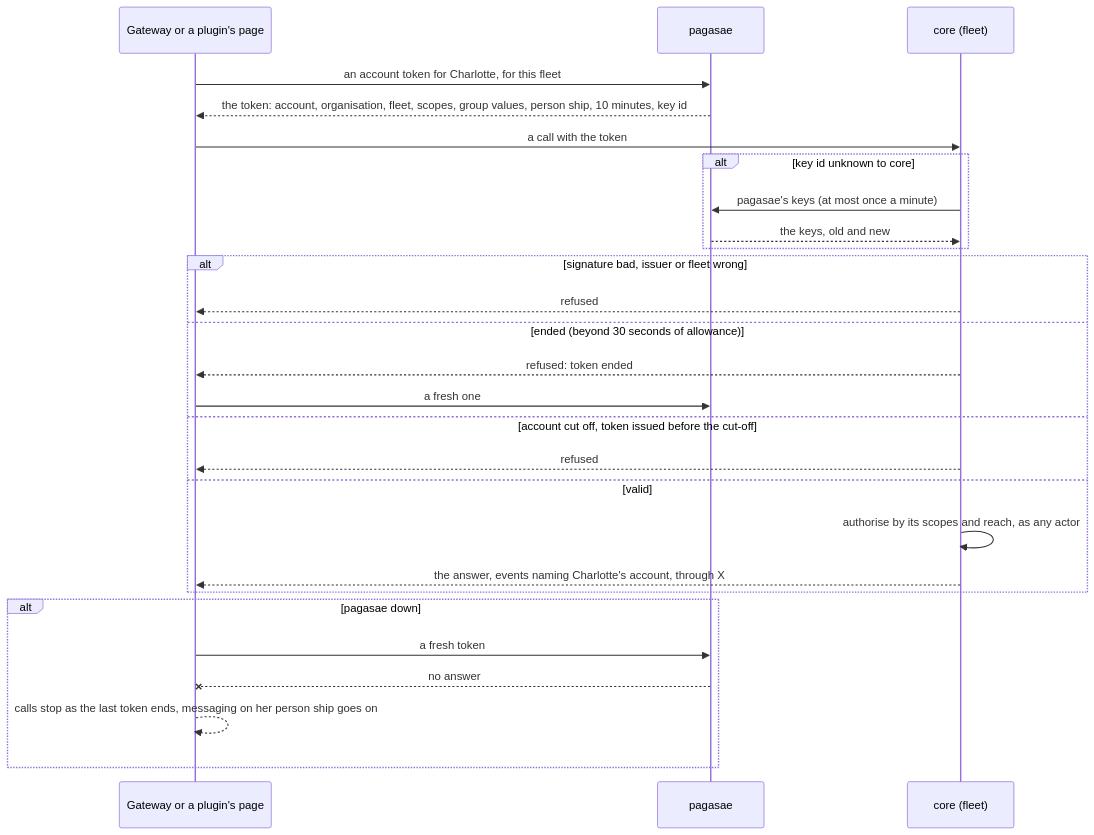
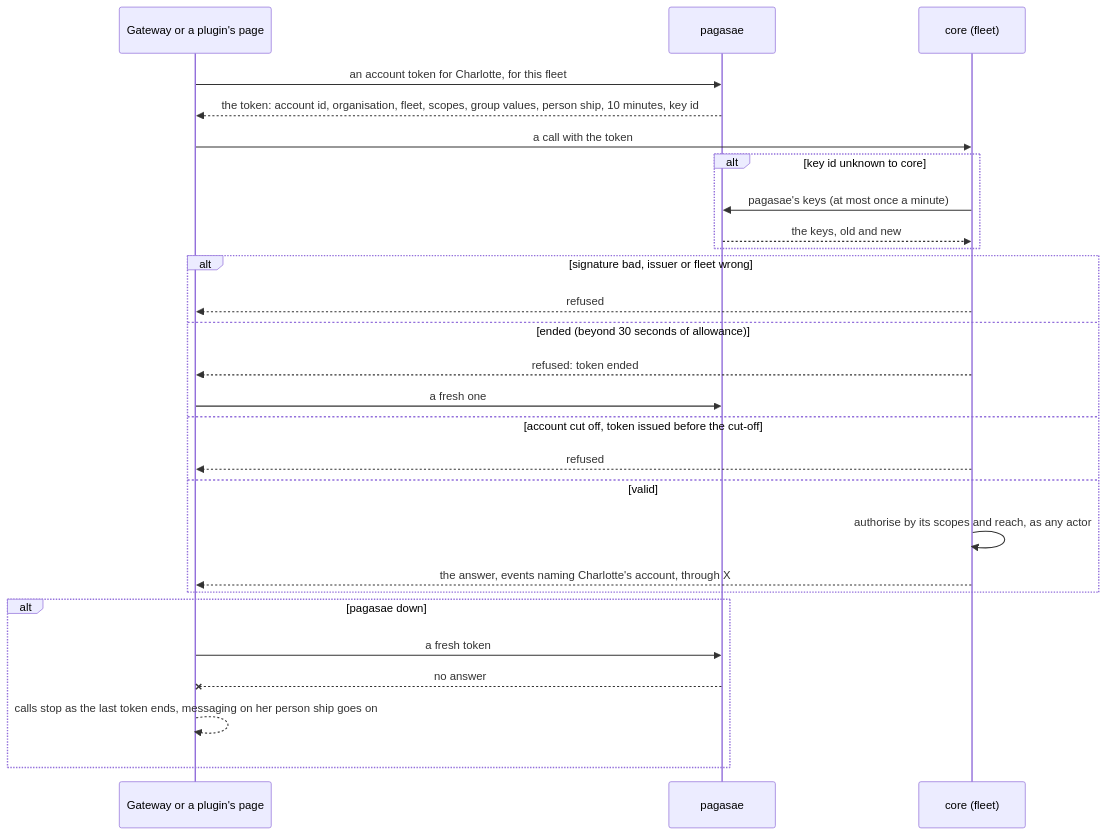
Diagram 11 of 11 in docs/design/accounts/phase-2/flows.md (ThomasHendrickx/aeolus-fleet), drawn with Mermaid before and after one commit. The commit also changed other lines of this file and 8 other files, not shown here.

````diff
--- a/docs/design/accounts/phase-2/flows.md
+++ b/docs/design/accounts/phase-2/flows.md
@@ -416,29 +416,29 @@
 ```mermaid
 sequenceDiagram
   participant X as Gateway or a plugin's page
   participant P as pagasae
   participant C as core (fleet)
   X->>P: an account token for Charlotte, for this fleet
-  P-->>X: the token: account, organisation, fleet, scopes, group values, person ship, 10 minutes, key id
+  P-->>X: the token: account id, organisation, fleet, scopes, group values, person ship, 10 minutes, key id
   X->>C: a call with the token
   alt key id unknown to core
     C->>P: pagasae's keys (at most once a minute)
     P-->>C: the keys, old and new
   end
   alt signature bad, issuer or fleet wrong
     C-->>X: refused
   else ended (beyond 30 seconds of allowance)
     C-->>X: refused: token ended
     X->>P: a fresh one
   else account cut off, token issued before the cut-off
     C-->>X: refused
   else valid
     C->>C: authorise by its scopes and reach, as any actor
     C-->>X: the answer, events naming Charlotte's account, through X
   end
   alt pagasae down
     X->>P: a fresh token
     P--xX: no answer
     X-->>X: calls stop as the last token ends, messaging on her person ship goes on
   end
 ```
````
